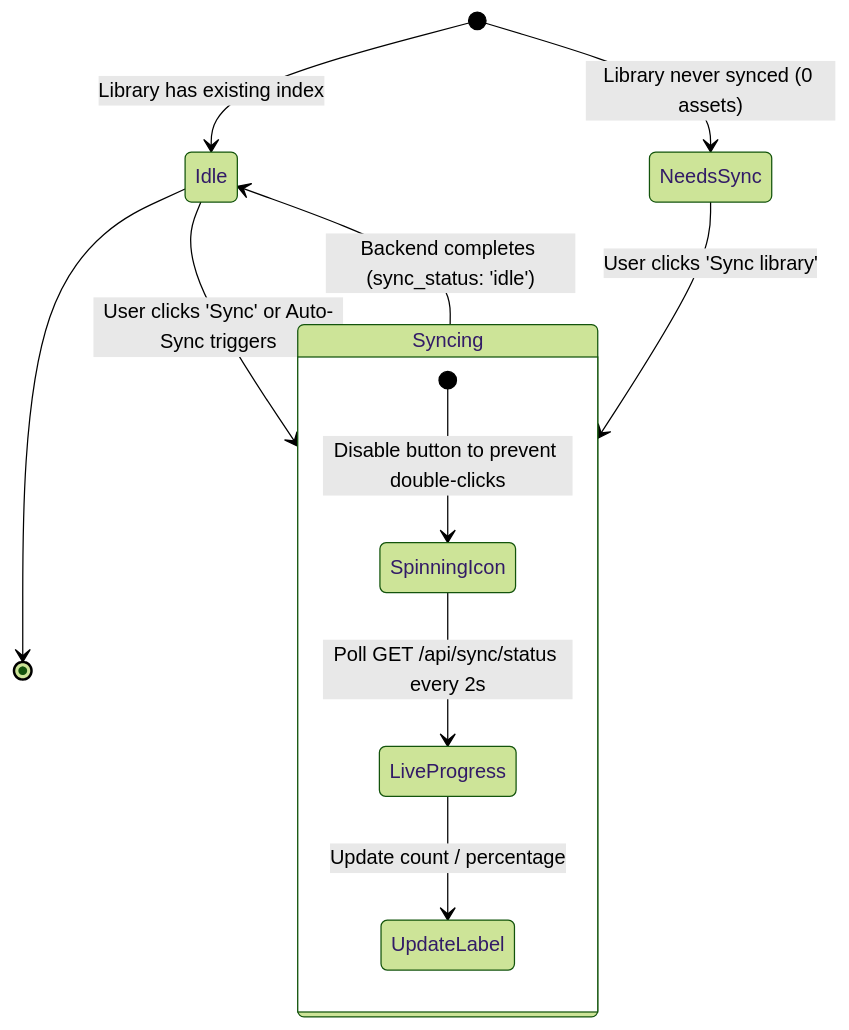
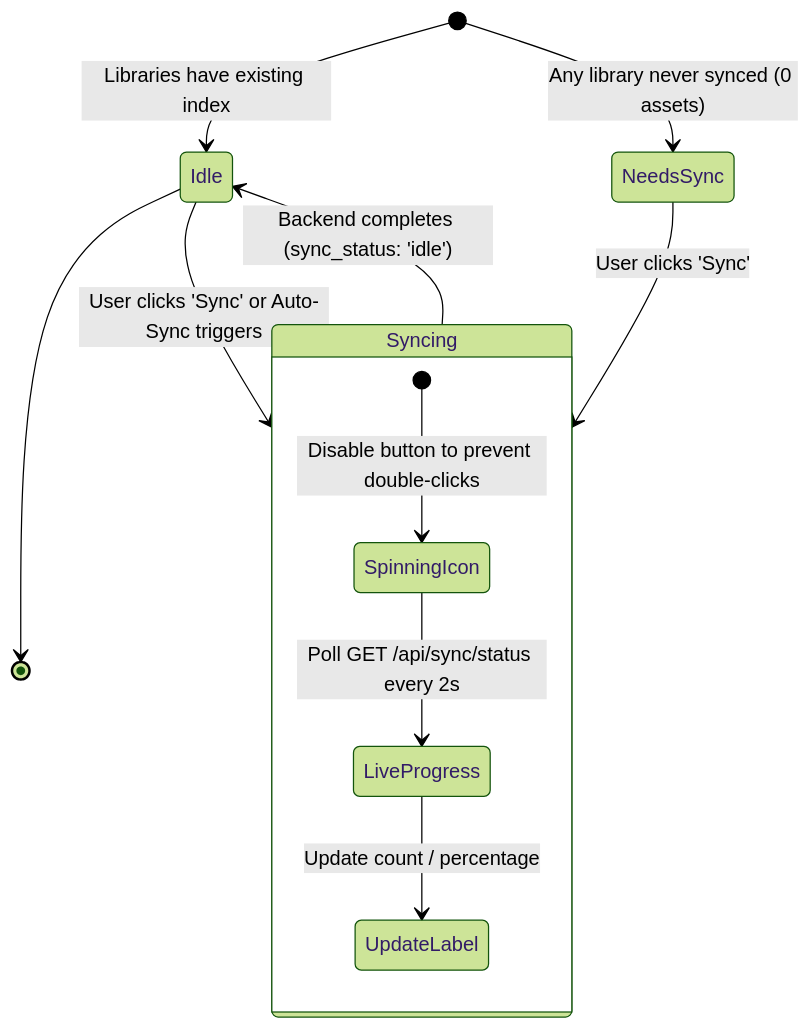
The third of 3 diagrams in docs/SYNC.md (rafaelsavi/immich-quiz), drawn with Mermaid (forest theme) before and after one commit. The commit also changed other lines of this file and 44 other files, not shown here.

````diff
--- a/docs/SYNC.md
+++ b/docs/SYNC.md
@@ -282,17 +287,17 @@
 ```mermaid
 stateDiagram-v2
-    [*] --> Idle : Library has existing index
-    [*] --> NeedsSync : Library never synced (0 assets)
+    [*] --> Idle : Libraries have existing index
+    [*] --> NeedsSync : Any library never synced (0 assets)
 
-    NeedsSync --> Syncing : User clicks 'Sync library'
+    NeedsSync --> Syncing : User clicks 'Sync'
     Idle --> Syncing : User clicks 'Sync' or Auto-Sync triggers
 
     state Syncing {
         [*] --> SpinningIcon : Disable button to prevent double-clicks
         SpinningIcon --> LiveProgress : Poll GET /api/sync/status every 2s
         LiveProgress --> UpdateLabel : Update count / percentage
     }
 
     Syncing --> Idle : Backend completes (sync_status: 'idle')
     Idle --> [*]
 ```
````
